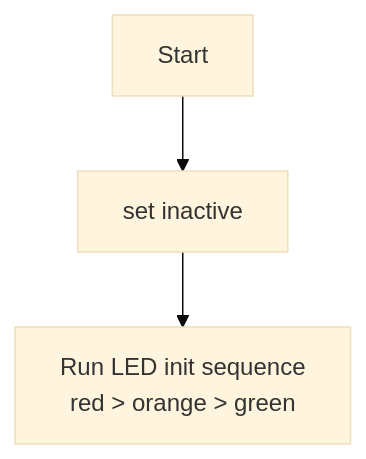
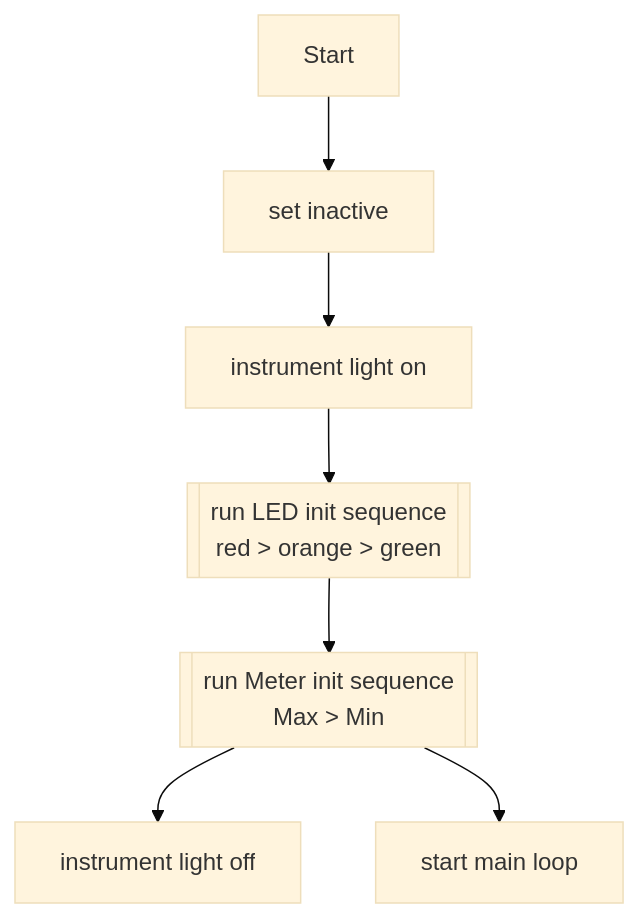
One commit to loco-can/loco-can-software changed the diagram in Loco_can_controller/FUNCTION.md. Above: the diagram before and after it, drawn with Mermaid (base theme).

````diff
--- a/Loco_can_controller/FUNCTION.md
+++ b/Loco_can_controller/FUNCTION.md
@@ -2,6 +2,10 @@
 ```mermaid
 graph TD;
   Start --> Init[set inactive];
-  Init --> LED["Run LED init sequence\nred > orange > green"];
+  Init --> Instr[instrument light on];
+  Instr --> LED[["run LED init sequence\nred > orange > green"]];
+  LED --> Meter[["run Meter init sequence\nMax > Min"]];
+  Meter --> Dark[instrument light off];
+  Meter --> End[start main loop];
 
 ```
````
